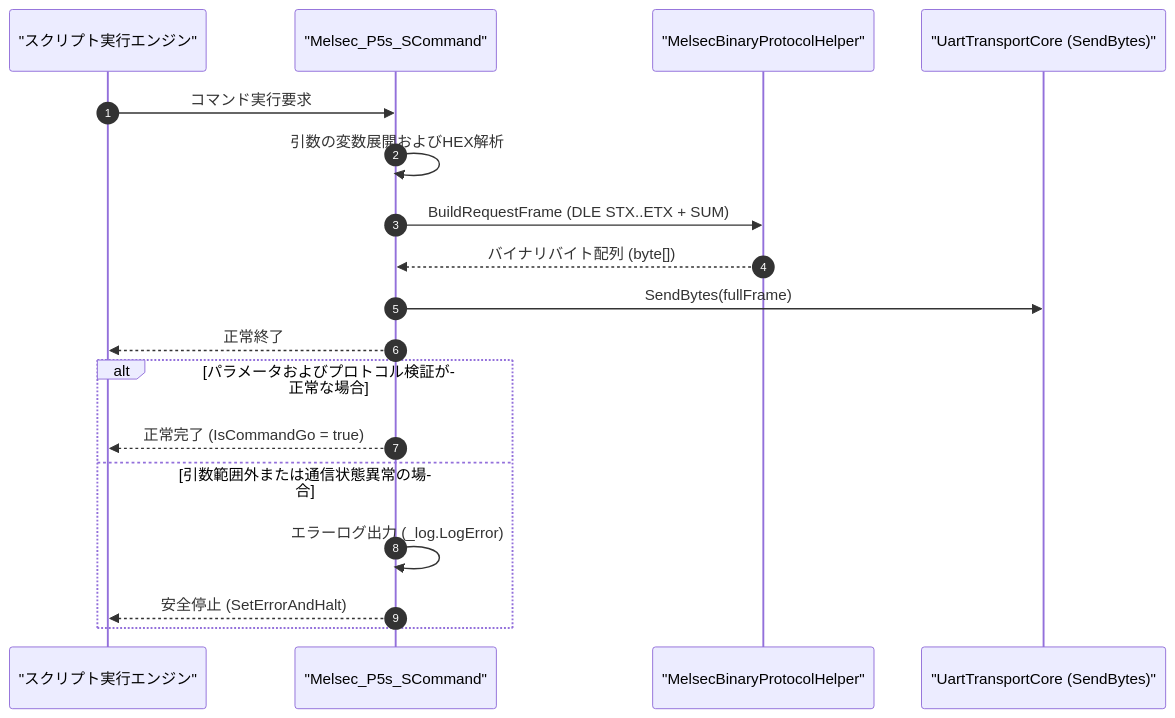
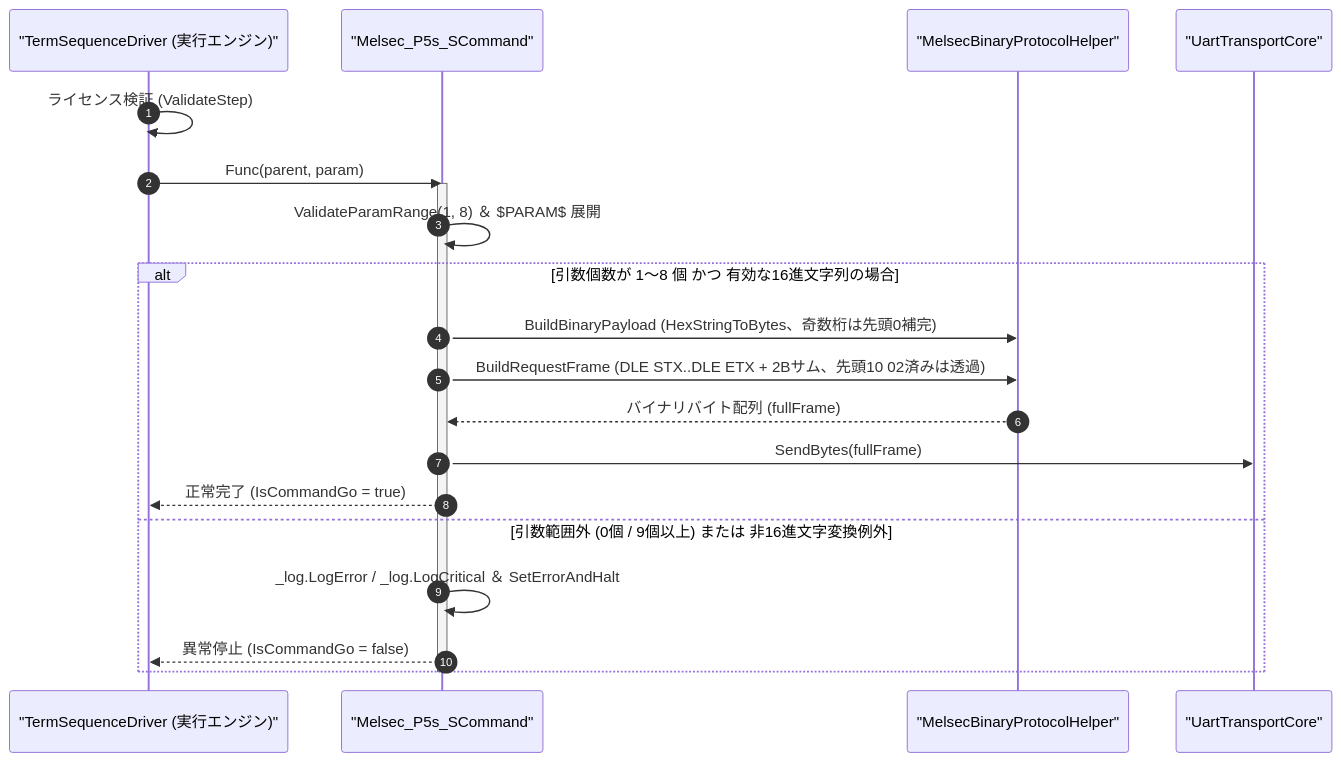
Before and after one commit to Monaca-App/TermAddIn: the diagram in Manual/Melco/Melsec_P5s_S.Md, drawn with Mermaid. The commit also changed other lines of this file and 157 other files, not shown here.

````diff
--- a/Manual/Melco/Melsec_P5s_S.Md
+++ b/Manual/Melco/Melsec_P5s_S.Md
@@ -67,21 +74,24 @@
 ```mermaid
 sequenceDiagram
     autonumber
-    participant Script as "スクリプト実行エンジン"
+    participant Driver as "TermSequenceDriver (実行エンジン)"
     participant Cmd as "Melsec_P5s_SCommand"
     participant Helper as "MelsecBinaryProtocolHelper"
-    participant Port as "UartTransportCore (SendBytes)"
+    participant Port as "UartTransportCore"
 
-    Script->>Cmd: コマンド実行要求
-    Cmd->>Cmd: 引数の変数展開およびHEX解析
-    Cmd->>Helper: BuildRequestFrame (DLE STX..ETX + SUM)
-    Helper-->>Cmd: バイナリバイト配列 (byte[])
-    Cmd->>Port: SendBytes(fullFrame)
-    Cmd-->>Script: 正常終了
-    alt パラメータおよびプロトコル検証が正常な場合
-        Cmd-->>Script: 正常完了 (IsCommandGo = true)
-    else 引数範囲外または通信状態異常の場合
-        Cmd->>Cmd: エラーログ出力 (_log.LogError)
-        Cmd-->>Script: 安全停止 (SetErrorAndHalt)
+    Driver->>Driver: ライセンス検証 (ValidateStep)
+    Driver->>Cmd: Func(parent, param)
+    activate Cmd
+    Cmd->>Cmd: ValidateParamRange(1, 8) ＆ $PARAM$ 展開
+    alt 引数個数が 1〜8 個 かつ 有効な16進文字列の場合
+        Cmd->>Helper: BuildBinaryPayload (HexStringToBytes、奇数桁は先頭0補完)
+        Cmd->>Helper: BuildRequestFrame (DLE STX..DLE ETX + 2Bサム、先頭10 02済みは透過)
+        Helper-->>Cmd: バイナリバイト配列 (fullFrame)
+        Cmd->>Port: SendBytes(fullFrame)
+        Cmd-->>Driver: 正常完了 (IsCommandGo = true)
+    else 引数範囲外 (0個 / 9個以上) または 非16進文字変換例外
+        Cmd->>Cmd: _log.LogError / _log.LogCritical ＆ SetErrorAndHalt
+        Cmd-->>Driver: 異常停止 (IsCommandGo = false)
     end
+    deactivate Cmd
 ```
````
